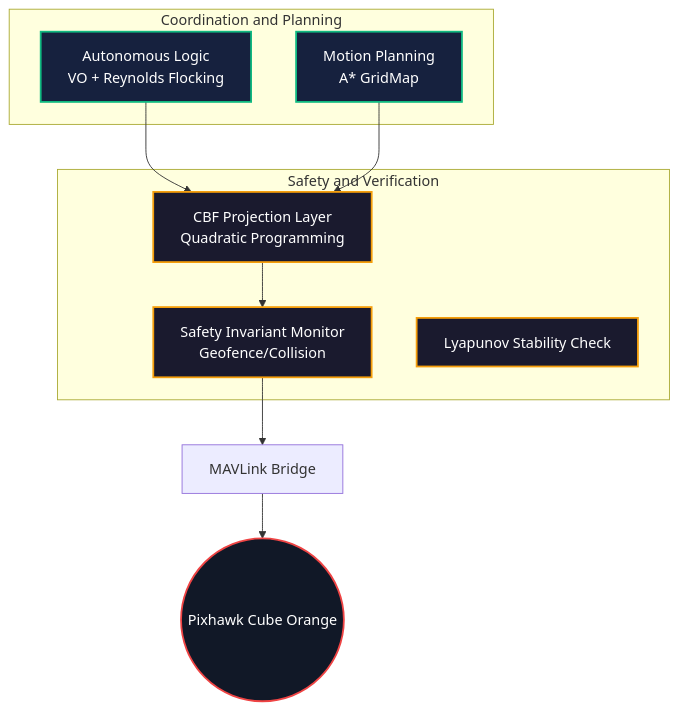
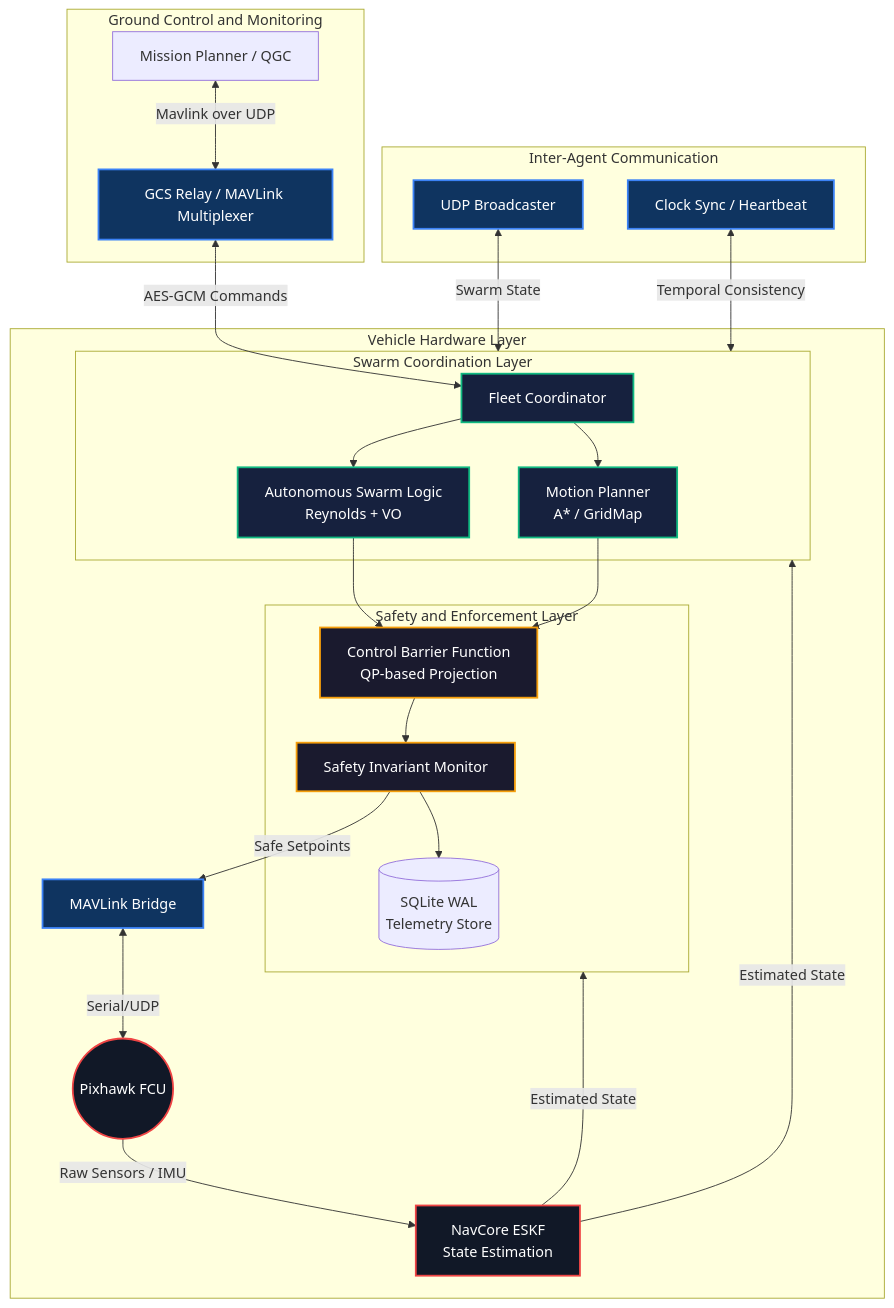
The diagram in README.md (ARYA-mgc/Swayam_Fleet), drawn with Mermaid before and after one commit. The commit also changed other lines of this file, not shown here.

Commit message:
docs: implement advanced hierarchical system architecture flow diagram

````diff
--- a/README.md
+++ b/README.md
@@ -29,23 +31,54 @@
 ```mermaid
-graph TD
+graph TB
     classDef safety fill:#1a1a2e,stroke:#f59e0b,stroke-width:2px,color:#fff;
     classDef logic fill:#16213e,stroke:#10b981,stroke-width:2px,color:#fff;
     classDef hardware fill:#111827,stroke:#ef4444,stroke-width:2px,color:#fff;
-    
-    subgraph Coordination_Layer [Coordination and Planning]
-        Logic[Autonomous Logic<br>VO + Reynolds Flocking]:::logic
-        Planning[Motion Planning<br>A* GridMap]:::logic
+    classDef network fill:#0f3460,stroke:#3b82f6,stroke-width:2px,color:#fff;
+
+    subgraph External_Systems [Ground Control and Monitoring]
+        GCS[Mission Planner / QGC]
+        Relay[GCS Relay / MAVLink Multiplexer]:::network
+        GCS <-->|Mavlink over UDP| Relay
     end
 
-    subgraph Safety_Enforcement_Layer [Safety and Verification]
-        CBF[CBF Projection Layer<br>Quadratic Programming]:::safety
-        Invariant[Safety Invariant Monitor<br>Geofence/Collision]:::safety
-        Lyapunov[Lyapunov Stability Check]:::safety
+    subgraph Agent_Coordination [Swarm Coordination Layer]
+        Fleet[Fleet Coordinator]:::logic
+        Logic[Autonomous Swarm Logic<br>Reynolds + VO]:::logic
+        Plan[Motion Planner<br>A* / GridMap]:::logic
+        
+        Relay <-->|AES-GCM Commands| Fleet
+        Fleet --> Logic
+        Fleet --> Plan
     end
 
-    Logic --> CBF
-    Planning --> CBF
-    CBF --> Invariant
-    Invariant --> MAVLink[MAVLink Bridge]
-    MAVLink --> FCU((Pixhawk Cube Orange)):::hardware
+    subgraph Safety_Core [Safety and Enforcement Layer]
+        CBF[Control Barrier Function<br>QP-based Projection]:::safety
+        Monitor[Safety Invariant Monitor]:::safety
+        DB[(SQLite WAL<br>Telemetry Store)]
+        
+        Logic --> CBF
+        Plan --> CBF
+        CBF --> Monitor
+        Monitor --> DB
+    end
+
+    subgraph Hardware_Interface [Vehicle Hardware Layer]
+        Bridge[MAVLink Bridge]:::network
+        FCU((Pixhawk FCU)):::hardware
+        Nav[NavCore ESKF<br>State Estimation]:::hardware
+        
+        Monitor -->|Safe Setpoints| Bridge
+        Bridge <-->|Serial/UDP| FCU
+        FCU -->|Raw Sensors / IMU| Nav
+        Nav -->|Estimated State| Safety_Core
+        Nav -->|Estimated State| Agent_Coordination
+    end
+
+    subgraph Mesh_Network [Inter-Agent Communication]
+        Sync[Clock Sync / Heartbeat]:::network
+        Telem[UDP Broadcaster]:::network
+        
+        Telem <-->|Swarm State| Agent_Coordination
+        Sync <-->|Temporal Consistency| Agent_Coordination
+    end
 ```
````
